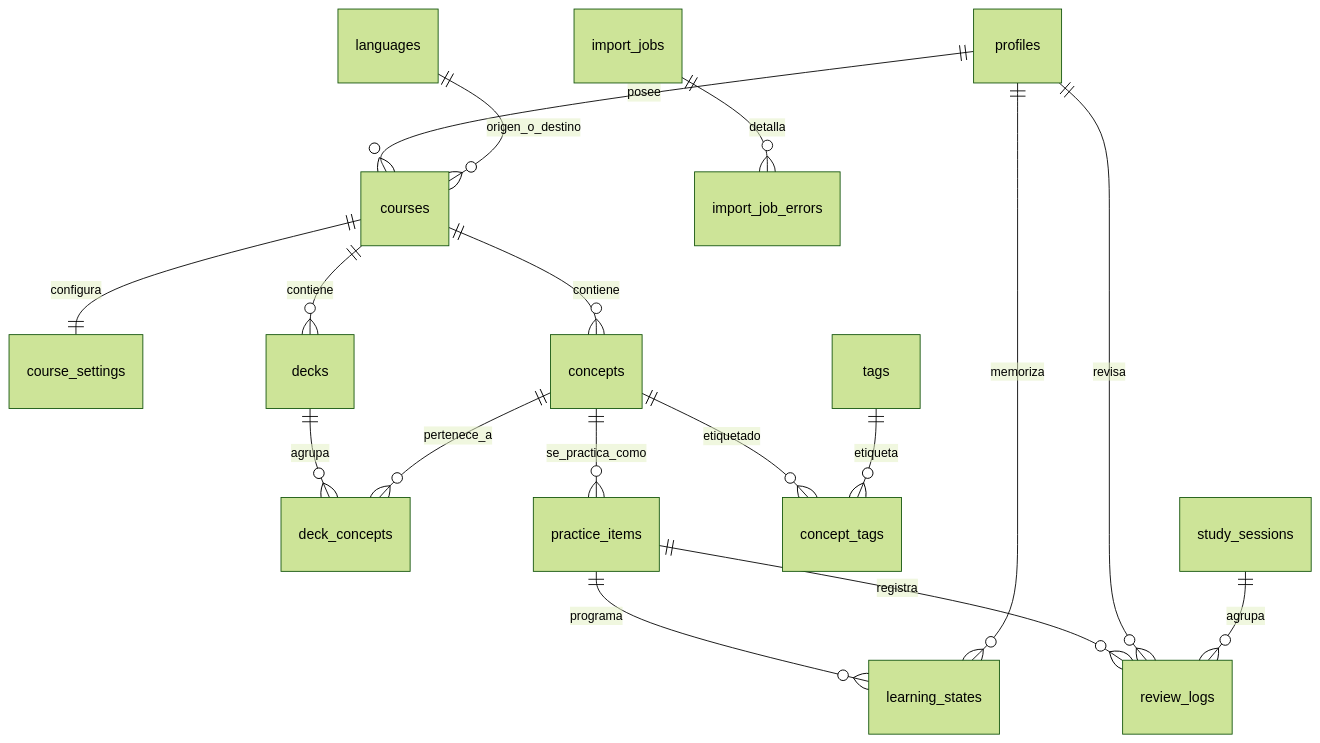
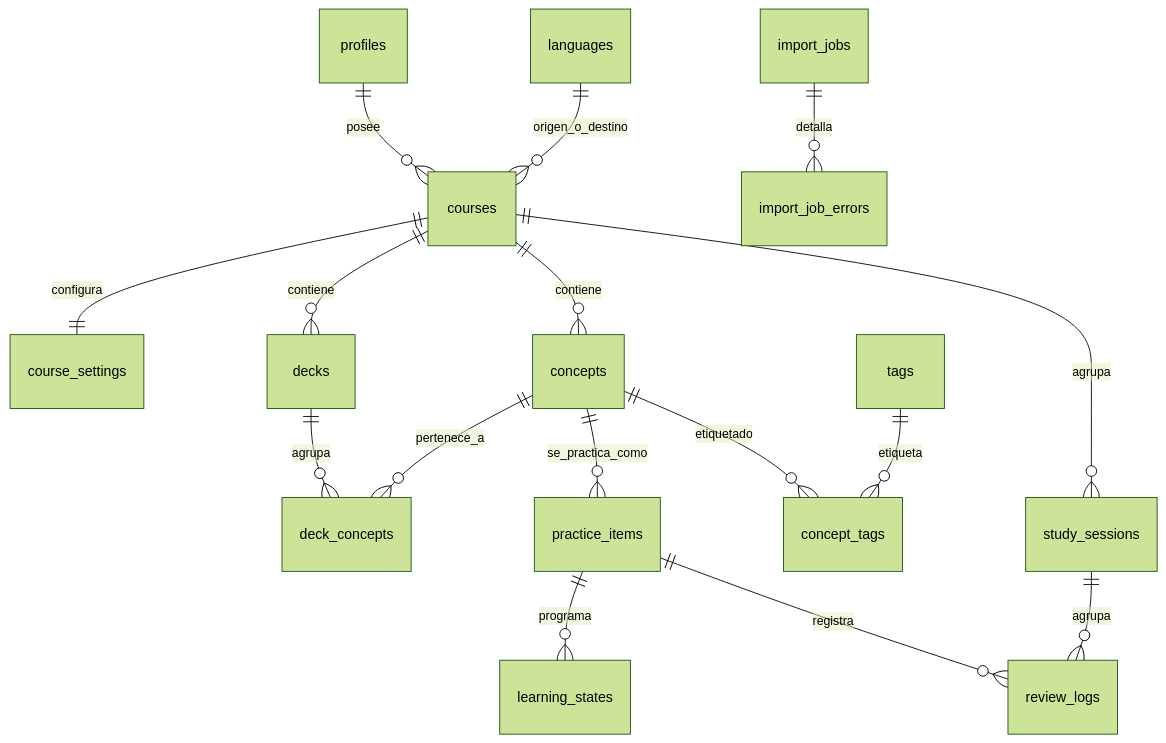
One commit to JoanOliver04/lexora changed the diagram in docs/DATA_MODEL.md. Above: the diagram before and after it, drawn with Mermaid (forest theme). The commit also changed other lines of this file and 7 other files, not shown here.

Commit message:
feat(lex-5.4): add study schema for memory, sessions and logs

````diff
--- a/docs/DATA_MODEL.md
+++ b/docs/DATA_MODEL.md
@@ -43,19 +47,18 @@
 ```mermaid
 erDiagram
     profiles      ||--o{ courses          : posee
     languages     ||--o{ courses          : origen_o_destino
     courses       ||--|| course_settings  : configura
     courses       ||--o{ decks            : contiene
     courses       ||--o{ concepts         : contiene
     decks         ||--o{ deck_concepts    : agrupa
     concepts      ||--o{ deck_concepts    : pertenece_a
     concepts      ||--o{ practice_items   : se_practica_como
     concepts      ||--o{ concept_tags     : etiquetado
     tags          ||--o{ concept_tags     : etiqueta
     practice_items ||--o{ learning_states : programa
     practice_items ||--o{ review_logs     : registra
-    profiles      ||--o{ learning_states  : memoriza
-    profiles      ||--o{ review_logs      : revisa
+    courses       ||--o{ study_sessions   : agrupa
     study_sessions ||--o{ review_logs     : agrupa
     import_jobs   ||--o{ import_job_errors : detalla
 ```
````
